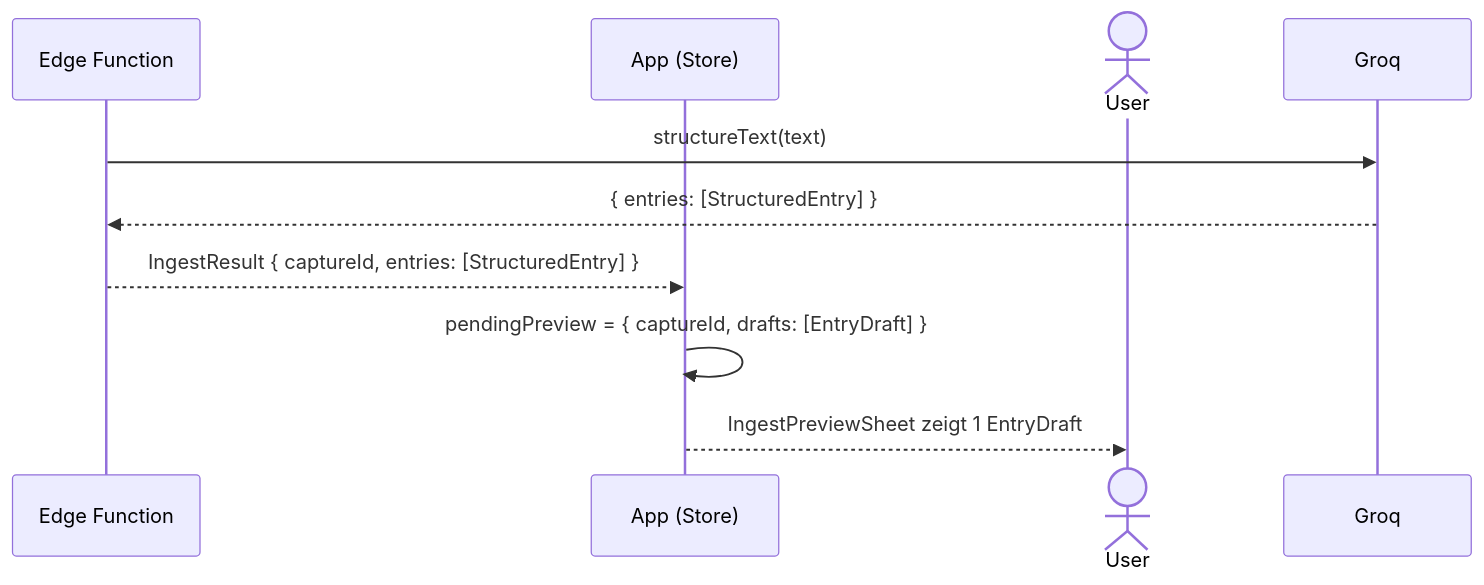
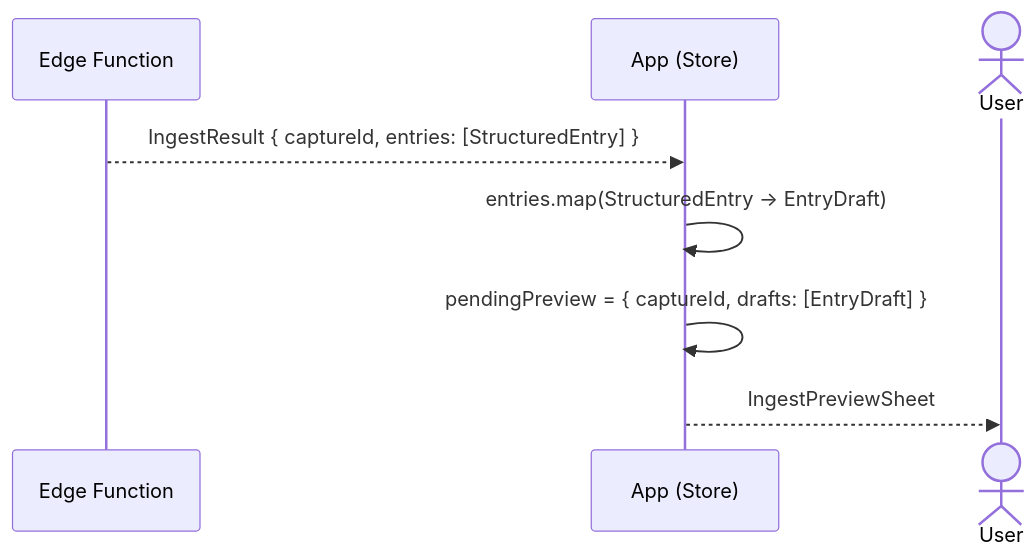
The diagram in docs/DIAGRAMS/dump-flow-a.md (mrLevvis/braindump-pwa), drawn with Mermaid before and after one commit. The commit also changed other lines of this file and 1 other file, not shown here.

First line of the commit message:
docs(diagrams): A+B auf Overview-Scope eingegrenzt

````diff
--- a/docs/DIAGRAMS/dump-flow-a.md
+++ b/docs/DIAGRAMS/dump-flow-a.md
@@ -13,12 +7,11 @@
 ```mermaid
 sequenceDiagram
     participant EdgeFn as Edge Function
     participant App as App (Store)
     actor User
 
-    EdgeFn->>Groq: structureText(text)
-    Groq-->>EdgeFn: { entries: [StructuredEntry] }
     EdgeFn-->>App: IngestResult { captureId, entries: [StructuredEntry] }
+    App->>App: entries.map(StructuredEntry → EntryDraft)
     App->>App: pendingPreview = { captureId, drafts: [EntryDraft] }
-    App-->>User: IngestPreviewSheet zeigt 1 EntryDraft
+    App-->>User: IngestPreviewSheet
 ```
````
